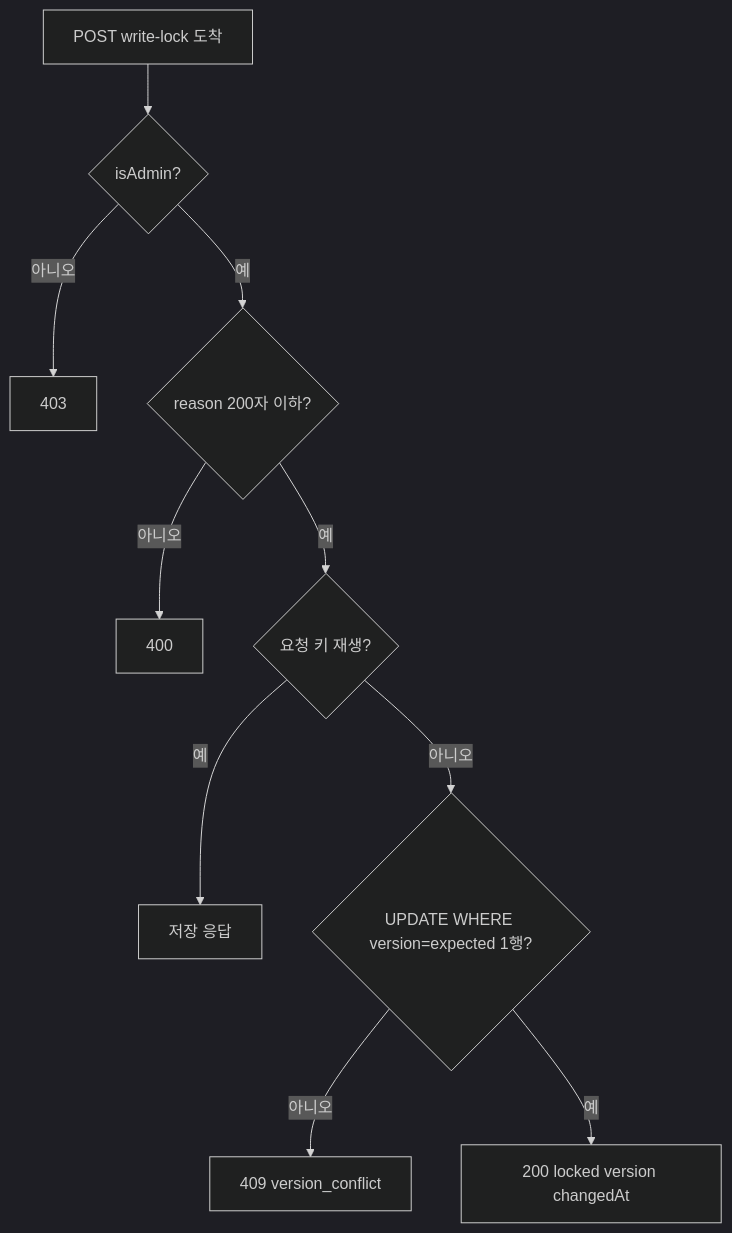
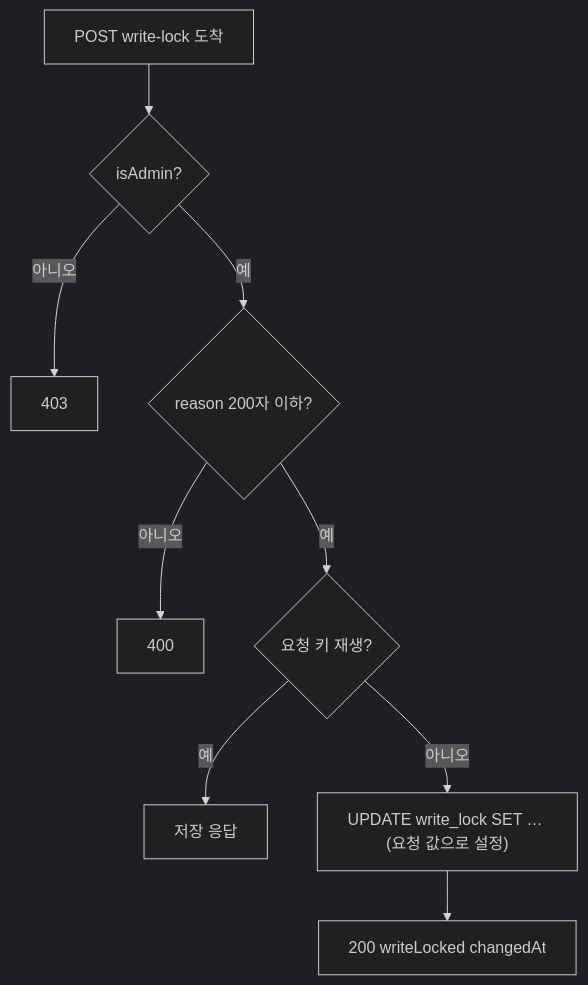
Diagram 36 of 41 in docs/design/features/11-guestbook-write.md (1985jwlee/portpolio_backend), drawn with Mermaid (dark theme) before and after one commit. The commit also changed other lines of this file and 33 other files, not shown here.

````diff
--- a/docs/design/features/11-guestbook-write.md
+++ b/docs/design/features/11-guestbook-write.md
@@ -1793,12 +1780,11 @@
 ```mermaid
 flowchart TD
     A["POST write-lock 도착"] --> B{"isAdmin?"}
     B -- "아니오" --> E1["403"]
     B -- "예" --> C{"reason 200자 이하?"}
     C -- "아니오" --> E2["400"]
     C -- "예" --> D{"요청 키 재생?"}
     D -- "예" --> RP["저장 응답"]
-    D -- "아니오" --> F{"UPDATE WHERE version=expected 1행?"}
-    F -- "아니오" --> E3["409 version_conflict"]
-    F -- "예" --> OK["200 locked version changedAt"]
+    D -- "아니오" --> F["UPDATE write_lock SET … (요청 값으로 설정)"]
+    F --> OK["200 writeLocked changedAt"]
 ```
````
